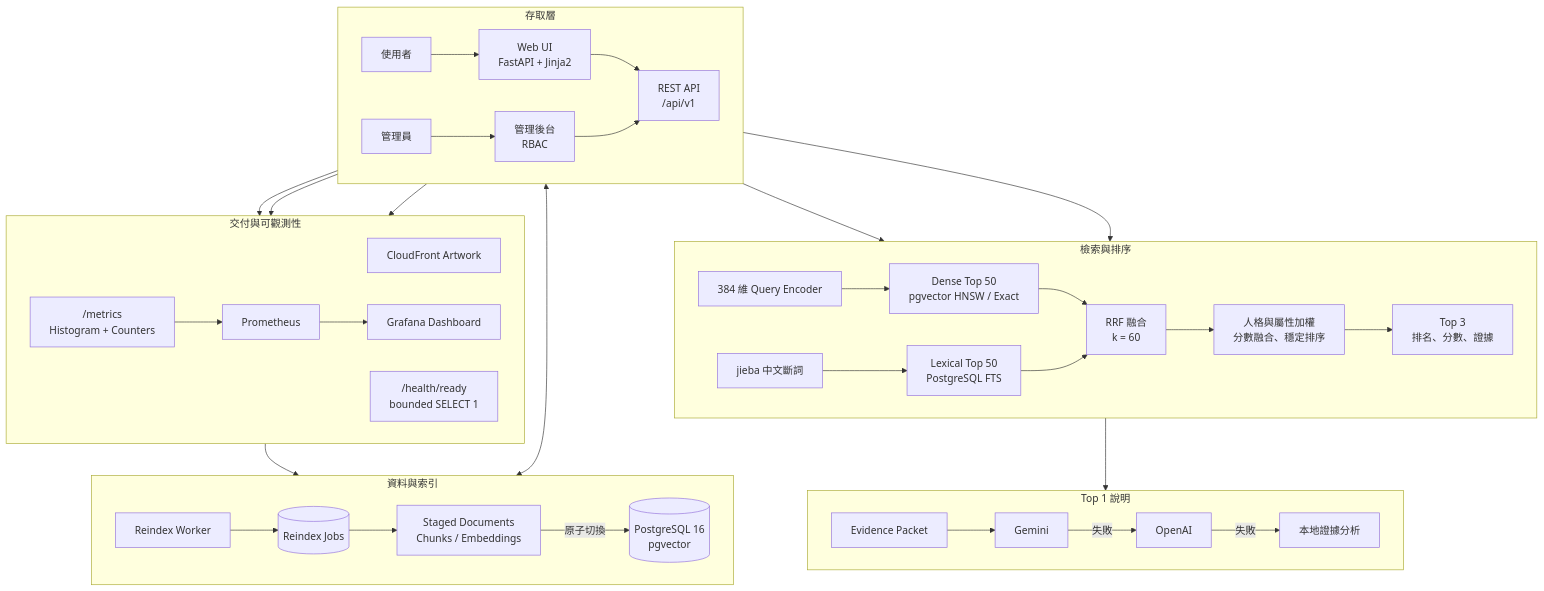
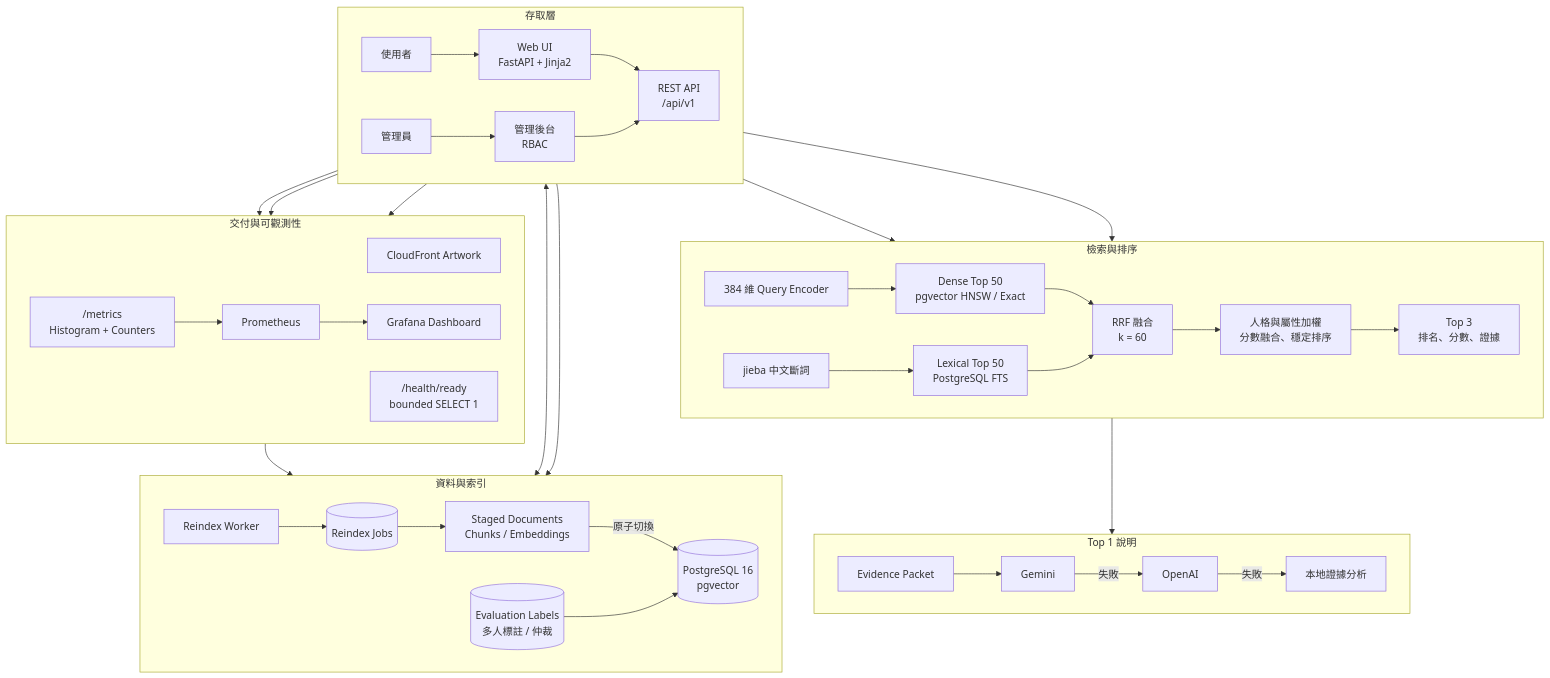
One commit to likaisuwork9616/pokemon-personality-recommender changed the diagram in README.md. Above: the diagram before and after it, drawn with Mermaid. The commit also changed other lines of this file and 22 other files, not shown here.

````diff
--- a/README.md
+++ b/README.md
@@ -57,52 +58,54 @@
 ```mermaid
 flowchart TB
     subgraph ACCESS["存取層"]
         direction LR
         USER["使用者"] --> WEB["Web UI<br/>FastAPI + Jinja2"]
         ADMIN["管理員"] --> ADMIN_UI["管理後台<br/>RBAC"]
         WEB --> API["REST API<br/>/api/v1"]
         ADMIN_UI --> API
     end
 
     subgraph RETRIEVAL["檢索與排序"]
         direction LR
         ENCODER["384 維 Query Encoder"] --> DENSE["Dense Top 50<br/>pgvector HNSW / Exact"]
         TOKENS["jieba 中文斷詞"] --> FTS["Lexical Top 50<br/>PostgreSQL FTS"]
         DENSE --> RRF["RRF 融合<br/>k = 60"]
         FTS --> RRF
         RRF --> SCORE["人格與屬性加權<br/>分數融合、穩定排序"]
         SCORE --> TOP3["Top 3<br/>排名、分數、證據"]
     end
 
     subgraph EXPLANATION["Top 1 說明"]
         direction LR
         PACKET["Evidence Packet"] --> GEMINI["Gemini"]
         GEMINI -->|失敗| OPENAI["OpenAI"]
         OPENAI -->|失敗| LOCAL["本地證據分析"]
     end
 
     subgraph DATA["資料與索引"]
         direction LR
         DB[("PostgreSQL 16<br/>pgvector")]
         WORKER["Reindex Worker"] --> JOBS[("Reindex Jobs")]
         JOBS --> STAGED["Staged Documents<br/>Chunks / Embeddings"]
         STAGED -->|原子切換| DB
+        LABELS[("Evaluation Labels<br/>多人標註 / 仲裁")] --> DB
     end
 
     subgraph OPS["交付與可觀測性"]
         direction LR
         CDN["CloudFront Artwork"]
         READY["/health/ready<br/>bounded SELECT 1"]
         METRICS["/metrics<br/>Histogram + Counters"] --> PROM["Prometheus"]
         PROM --> GRAFANA["Grafana Dashboard"]
     end
 
     API --> ENCODER
     API --> TOKENS
     TOP3 --> PACKET
     API <--> DB
     API --> READY
     READY --> DB
     WEB --> CDN
     API --> METRICS
+    ADMIN_UI --> LABELS
 ```
````
